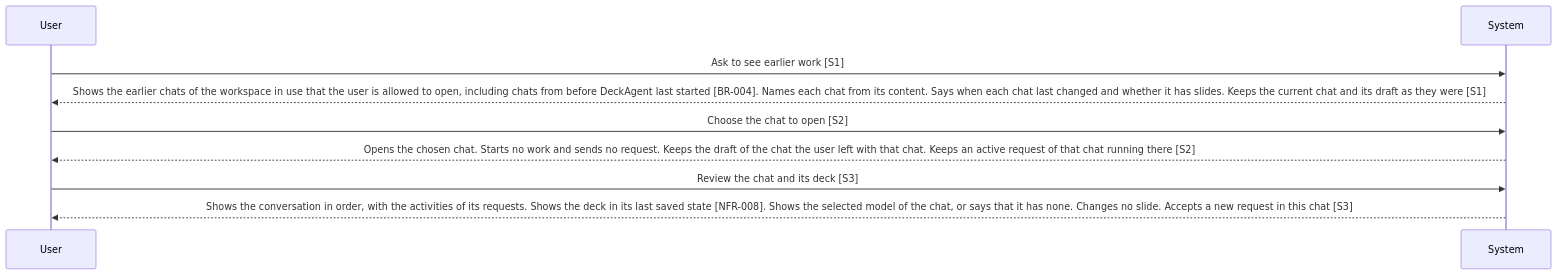
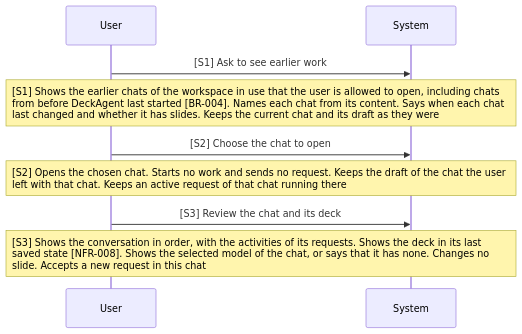
The diagram in dev/mvp/spec/02-use-cases/UC-006.md (Luke23127006/DeckAgent), drawn with Mermaid before and after one commit. The commit also changed other lines of this file and 21 other files, not shown here.

First line of the commit message:
docs(spec): make the use case diagram the source of step text

````diff
--- a/dev/mvp/spec/02-use-cases/UC-006.md
+++ b/dev/mvp/spec/02-use-cases/UC-006.md
@@ -15,11 +12,12 @@
 ```mermaid
+%%{init: {"fontFamily": "inherit", "sequence": {"wrap": true, "actorMargin": 350, "messageFontSize": 14, "noteFontSize": 14, "actorFontSize": 14, "noteAlign": "left"}}}%%
 sequenceDiagram
   participant U as User
   participant S as System
-  U->>S: Ask to see earlier work [S1]
-  S-->>U: Shows the earlier chats of the workspace in use that the user is allowed to open, including chats from before DeckAgent last started [BR-004]. Names each chat from its content. Says when each chat last changed and whether it has slides. Keeps the current chat and its draft as they were [S1]
-  U->>S: Choose the chat to open [S2]
-  S-->>U: Opens the chosen chat. Starts no work and sends no request. Keeps the draft of the chat the user left with that chat. Keeps an active request of that chat running there [S2]
-  U->>S: Review the chat and its deck [S3]
-  S-->>U: Shows the conversation in order, with the activities of its requests. Shows the deck in its last saved state [NFR-008]. Shows the selected model of the chat, or says that it has none. Changes no slide. Accepts a new request in this chat [S3]
+  U->>S: [S1] Ask to see earlier work
+  Note over U,S: [S1] Shows the earlier chats of the workspace in use that the user is allowed to open, including chats from before DeckAgent last started [BR-004]. Names each chat from its content. Says when each chat last changed and whether it has slides. Keeps the current chat and its draft as they were
+  U->>S: [S2] Choose the chat to open
+  Note over U,S: [S2] Opens the chosen chat. Starts no work and sends no request. Keeps the draft of the chat the user left with that chat. Keeps an active request of that chat running there
+  U->>S: [S3] Review the chat and its deck
+  Note over U,S: [S3] Shows the conversation in order, with the activities of its requests. Shows the deck in its last saved state [NFR-008]. Shows the selected model of the chat, or says that it has none. Changes no slide. Accepts a new request in this chat
 ```
````
